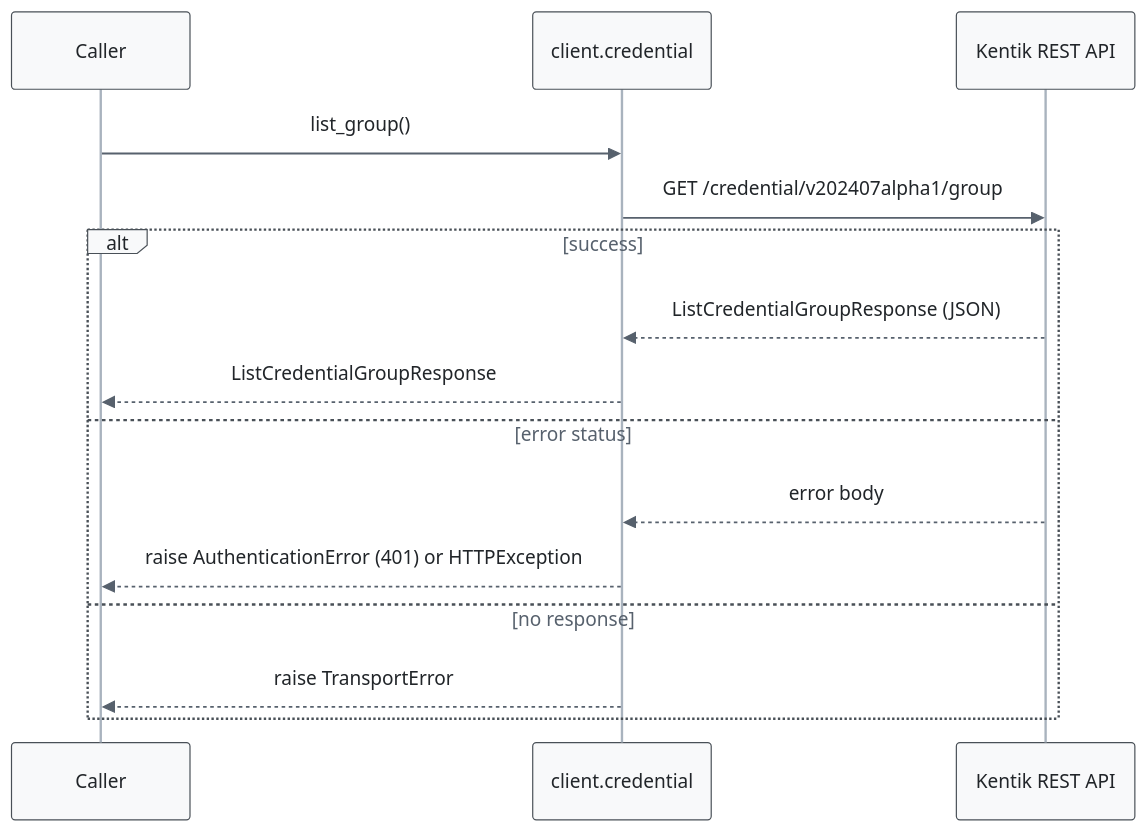
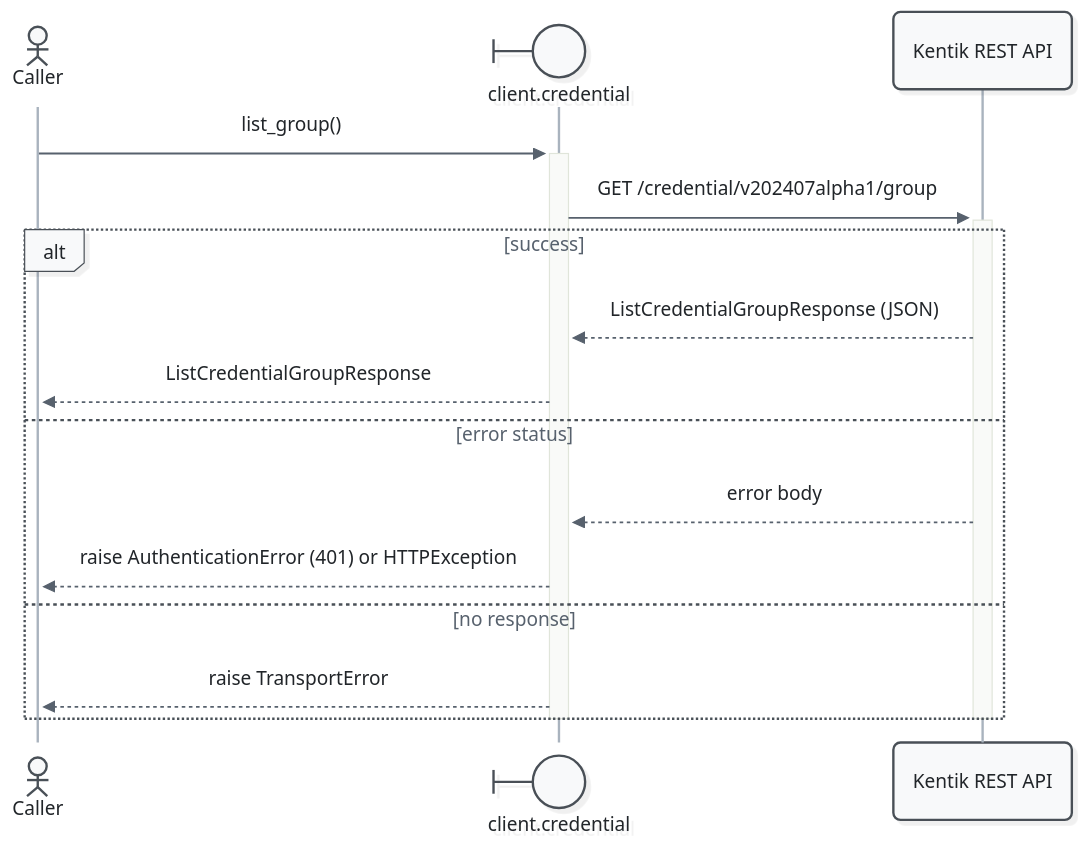
The first of 5 diagrams in docs/sphinx/services/credential.md (alexdearaujo/community_sdk_python), drawn with Mermaid before and after one commit. The commit also changed other lines of this file and 52 other files, not shown here.

First line of the commit message:
docs: Mermaid 12 sequence diagrams with participant types and path colors

````diff
--- a/docs/sphinx/services/credential.md
+++ b/docs/sphinx/services/credential.md
@@ -33,19 +33,21 @@
 ```mermaid
-%%{init: {"theme": "base", "fontFamily": "ui-monospace, SFMono-Regular, Menlo, monospace", "themeVariables": {"fontFamily": "ui-monospace, SFMono-Regular, Menlo, monospace", "primaryColor": "#f8f9fa", "primaryBorderColor": "#495057", "primaryTextColor": "#212529", "textColor": "#212529", "lineColor": "#77818c", "edgeLabelBackground": "#ffffff", "actorBkg": "#f8f9fa", "actorBorder": "#495057", "actorTextColor": "#212529", "actorLineColor": "#a9b3be", "signalColor": "#57616d", "signalTextColor": "#212529", "labelBoxBkgColor": "#f8f9fa", "labelBoxBorderColor": "#495057", "labelTextColor": "#212529", "loopTextColor": "#57616d", "noteBkgColor": "#fff9db", "noteBorderColor": "#f08c00", "noteTextColor": "#a35a00"}, "flowchart": {"curve": "step", "nodeSpacing": 30, "rankSpacing": 70, "wrappingWidth": 400}}}%%
+%%{init: {"theme": "redux", "look": "neo", "layout": "dagre", "fontFamily": "ui-monospace, SFMono-Regular, Menlo, monospace", "themeVariables": {"fontFamily": "ui-monospace, SFMono-Regular, Menlo, monospace", "primaryColor": "#f8f9fa", "primaryBorderColor": "#495057", "primaryTextColor": "#212529", "textColor": "#212529", "lineColor": "#77818c", "edgeLabelBackground": "#ffffff", "actorBkg": "#f8f9fa", "actorBorder": "#495057", "actorTextColor": "#212529", "actorLineColor": "#a9b3be", "signalColor": "#57616d", "signalTextColor": "#212529", "labelBoxBkgColor": "#f8f9fa", "labelBoxBorderColor": "#495057", "labelTextColor": "#212529", "loopTextColor": "#57616d", "noteBkgColor": "#fff9db", "noteBorderColor": "#f08c00", "noteTextColor": "#a35a00"}, "sequence": {"activationWidth": 16}, "flowchart": {"curve": "step", "nodeSpacing": 30, "rankSpacing": 70, "wrappingWidth": 400}}}%%
 sequenceDiagram
-    participant C as Caller
-    participant W as client.credential
+    actor C as Caller
+    participant W@{ "type": "boundary" } as client.credential
     participant API as Kentik REST API
 
-    C->>W: list_group()
-    W->>API: GET /credential/v202407alpha1/group
+    C->>+W: list_group()
+    W->>+API: GET /credential/v202407alpha1/group
     alt success
         API-->>W: ListCredentialGroupResponse (JSON)
         W-->>C: ListCredentialGroupResponse
     else error status
         API-->>W: error body
         W-->>C: raise AuthenticationError (401) or HTTPException
     else no response
         W-->>C: raise TransportError
     end
+    deactivate API
+    deactivate W
 ```
````
